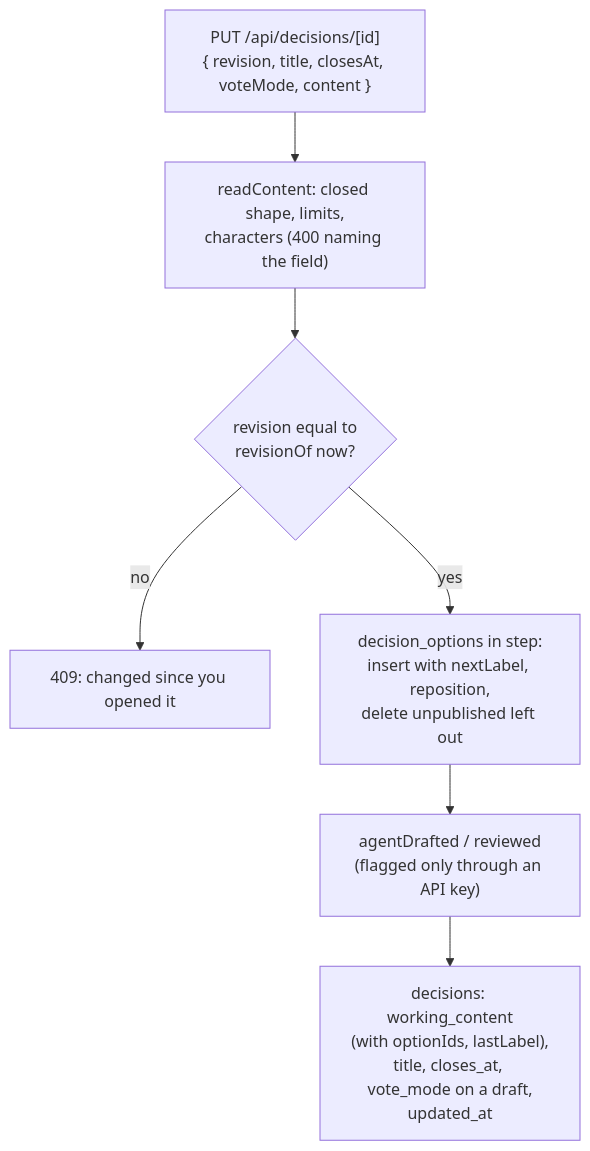
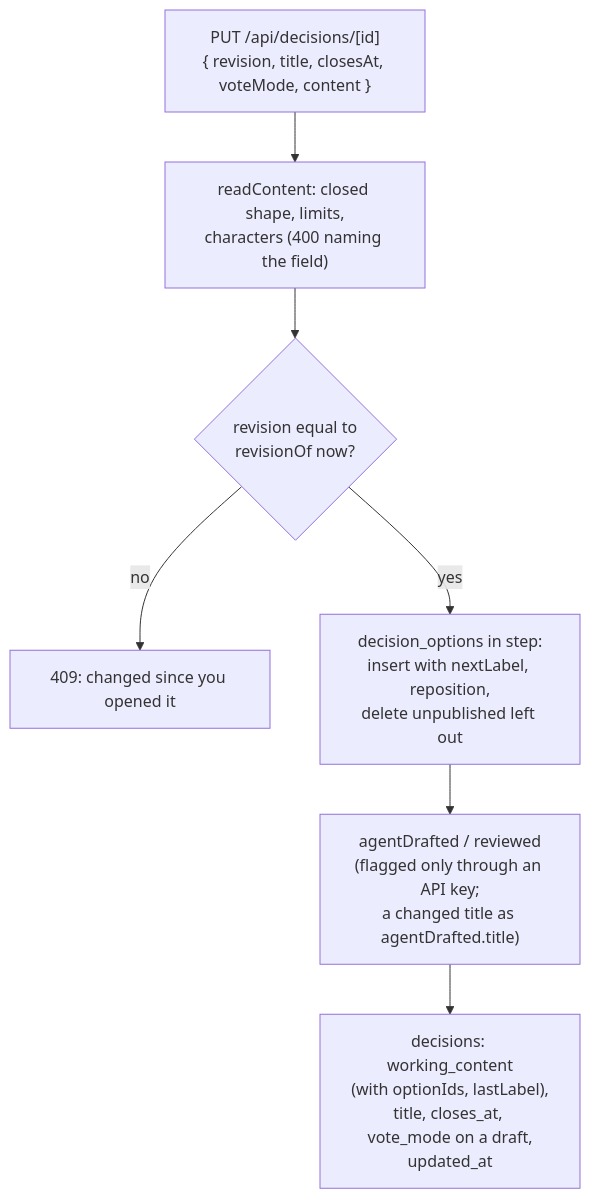
One commit to gitBoon/DumpFire changed diagram 13 of 35 in docs/data-model.md. Above: the diagram before and after it, drawn with Mermaid. The commit also changed other lines of this file and 16 other files, not shown here.

First line of the commit message:
feat: a title, participants or decider chosen through an API key is flagged until a person reviews it (2728)

````diff
--- a/docs/data-model.md
+++ b/docs/data-model.md
@@ -1186,9 +1197,9 @@
 ```mermaid
 flowchart TD
     Body["PUT /api/decisions/[id]<br/>{ revision, title, closesAt, voteMode, content }"] --> Read["readContent: closed shape, limits,<br/>characters (400 naming the field)"]
     Read --> Rev{"revision equal to<br/>revisionOf now?"}
     Rev -->|no| C409["409: changed since you opened it"]
     Rev -->|yes| Opts["decision_options in step:<br/>insert with nextLabel, reposition,<br/>delete unpublished left out"]
-    Opts --> Flags["agentDrafted / reviewed<br/>(flagged only through an API key)"]
+    Opts --> Flags["agentDrafted / reviewed<br/>(flagged only through an API key;<br/>a changed title as agentDrafted.title)"]
     Flags --> Write["decisions: working_content<br/>(with optionIds, lastLabel),<br/>title, closes_at, vote_mode on a draft,<br/>updated_at"]
 ```
````
